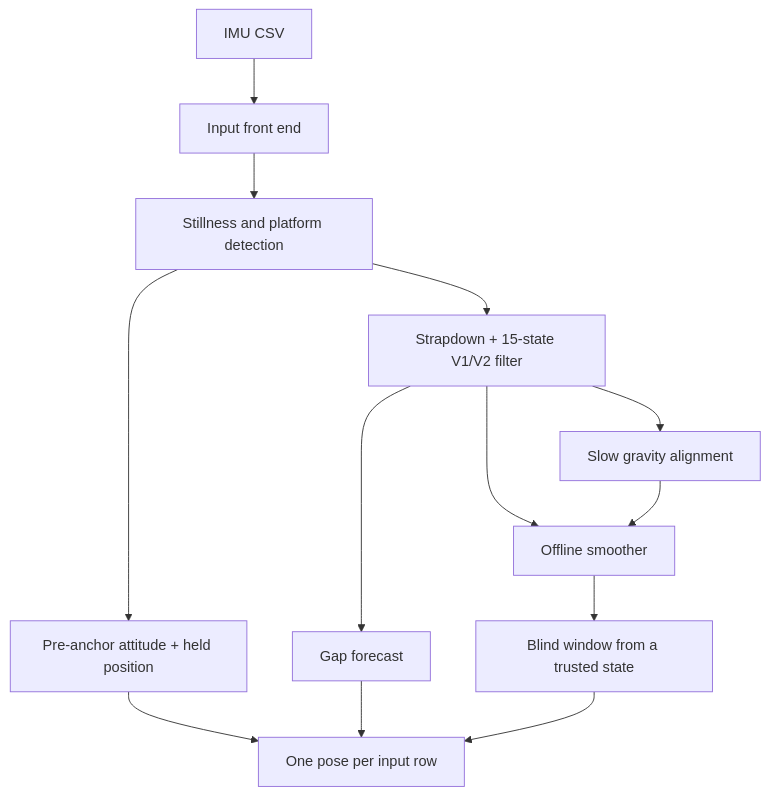
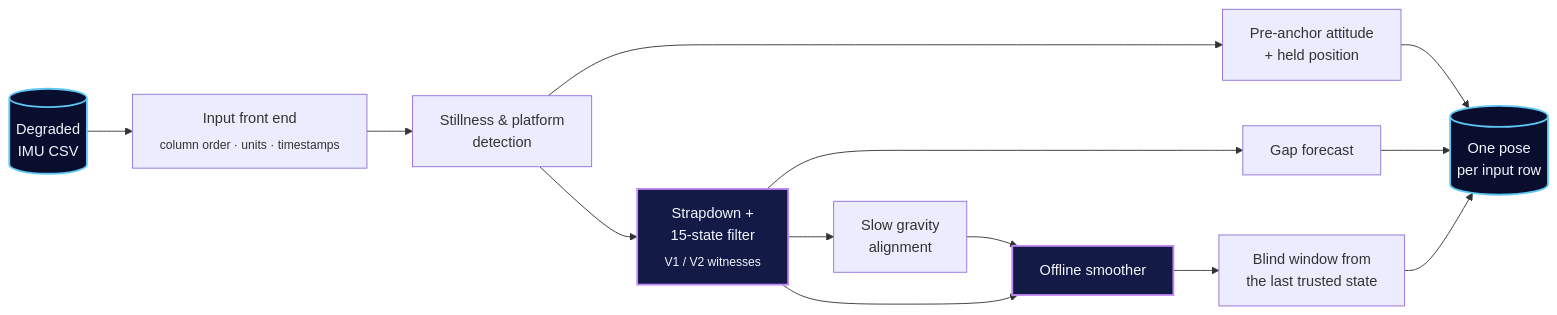
Before and after one commit to ArnavJain2005/Vortex: the diagram in README.md, drawn with Mermaid. The commit also changed other lines of this file and 5 other files, not shown here.

First line of the commit message:
README showcase: film at the top, generated result and budget charts

````diff
--- a/README.md
+++ b/README.md
@@ -38,15 +95,17 @@
 ```mermaid
-flowchart TD
-    A["IMU CSV"] --> B["Input front end"]
-    B --> C["Stillness and platform detection"]
-    C --> D["Pre-anchor attitude + held position"]
-    C --> E["Strapdown + 15-state V1/V2 filter"]
+flowchart LR
+    A[("Degraded<br/>IMU CSV")]:::io --> B["Input front end<br/><sub>column order · units · timestamps</sub>"]
+    B --> C["Stillness &amp; platform<br/>detection"]
+    C --> E["Strapdown +<br/>15-state filter<br/><sub>V1 / V2 witnesses</sub>"]:::core
+    E --> I["Slow gravity<br/>alignment"]
     E --> F["Gap forecast"]
-    E --> I["Slow gravity alignment"]
-    E --> H["Offline smoother"]
-    H --> J["Blind window from a trusted state"]
-    D --> G["One pose per input row"]
+    I --> H["Offline smoother"]:::core
+    E --> H
+    H --> J["Blind window from<br/>the last trusted state"]
+    C --> D["Pre-anchor attitude<br/>+ held position"]
+    D --> G[("One pose<br/>per input row")]:::io
     F --> G
     J --> G
-    I --> H
+    classDef io fill:#0a0e2e,stroke:#5ec8f2,color:#f3f5ff,stroke-width:2px
+    classDef core fill:#121a45,stroke:#c38bf5,color:#f3f5ff,stroke-width:2px
 ```
````
